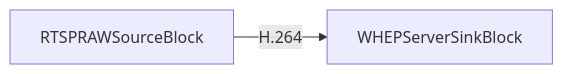
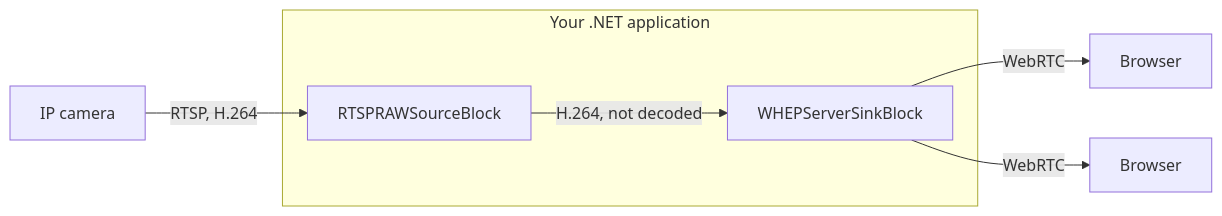
One commit to visioforge/help changed the first of 3 diagrams in dotnet/mediablocks/Guides/rtsp-cameras-in-browser-whep.md. Above: the diagram before and after it, drawn with Mermaid. The commit also changed other lines of this file and 437 other files, not shown here.

````diff
--- a/dotnet/mediablocks/Guides/rtsp-cameras-in-browser-whep.md
+++ b/dotnet/mediablocks/Guides/rtsp-cameras-in-browser-whep.md
@@ -42,4 +46,9 @@
 ```mermaid
 graph LR;
-    RTSPRAWSourceBlock -- H.264 --> WHEPServerSinkBlock;
+    cam["IP camera"] -- "RTSP, H.264" --> RTSPRAWSourceBlock;
+    subgraph app ["Your .NET application"]
+        RTSPRAWSourceBlock -- "H.264, not decoded" --> WHEPServerSinkBlock;
+    end
+    WHEPServerSinkBlock -- WebRTC --> b1["Browser"];
+    WHEPServerSinkBlock -- WebRTC --> b2["Browser"];
 ```
````
